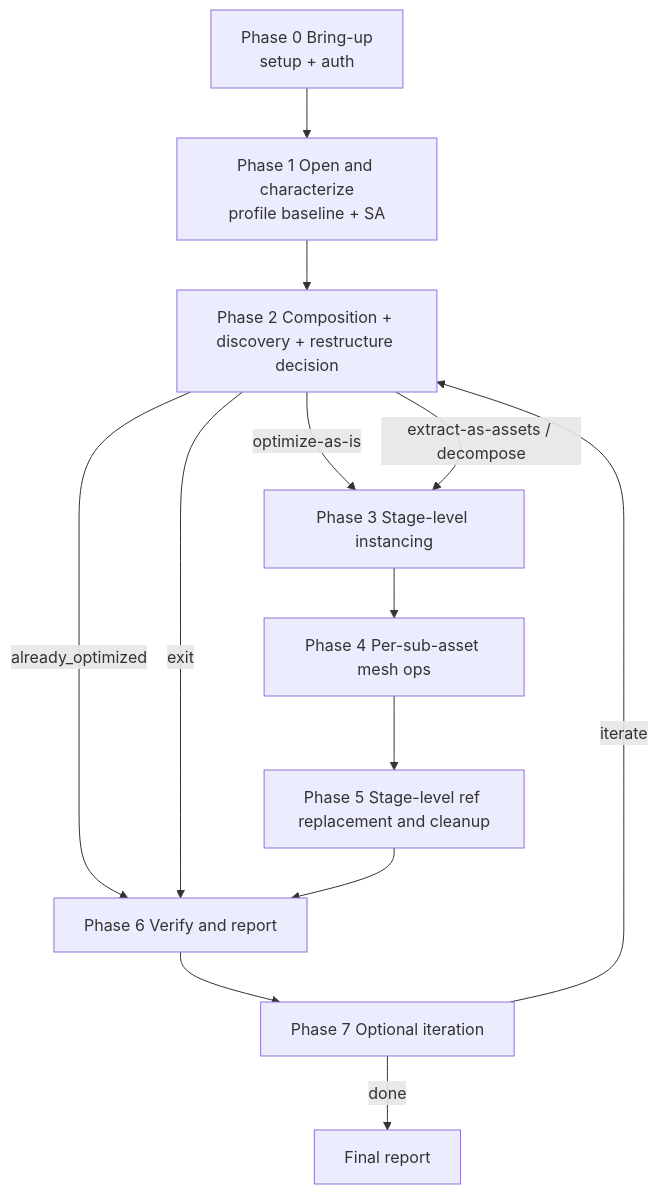
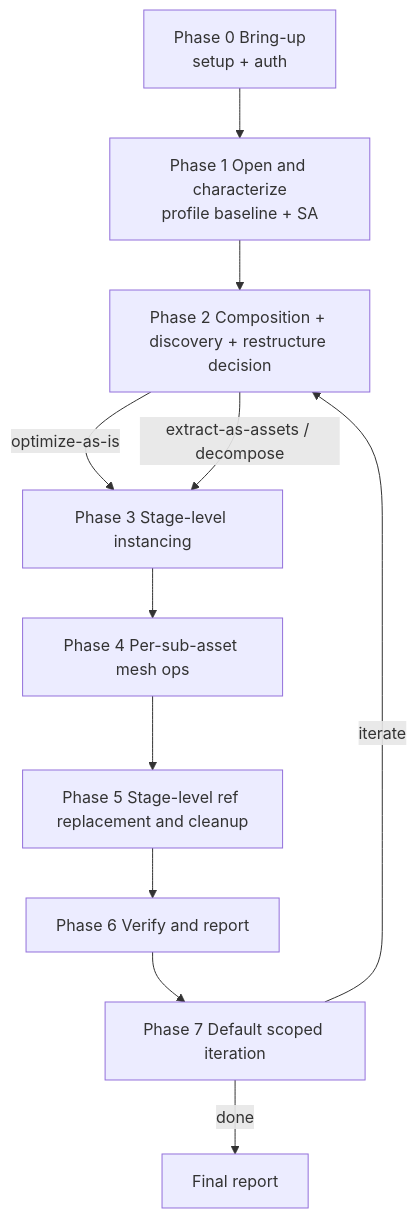
The diagram in plugins/nvidia/skills/omniverse-usd-performance-tuning/references/workflow.md (Trapezohe/ghast-plugins), drawn with Mermaid before and after one commit. The commit also changed other lines of this file and 5513 other files, not shown here.

````diff
--- a/plugins/nvidia/skills/omniverse-usd-performance-tuning/references/workflow.md
+++ b/plugins/nvidia/skills/omniverse-usd-performance-tuning/references/workflow.md
@@ -42,20 +43,18 @@
 ```mermaid
 flowchart TD
   P0["Phase 0 Bring-up<br/>setup + auth"]
   P1["Phase 1 Open and characterize<br/>profile baseline + SA"]
   P2["Phase 2 Composition + discovery + restructure decision"]
   P3["Phase 3 Stage-level instancing"]
   P4["Phase 4 Per-sub-asset mesh ops"]
   P5["Phase 5 Stage-level ref replacement and cleanup"]
   P6["Phase 6 Verify and report"]
-  P7["Phase 7 Optional iteration"]
+  P7["Phase 7 Default scoped iteration"]
   P0 --> P1 --> P2
-  P2 -->|"already_optimized"| P6
-  P2 -->|"exit"| P6
   P2 -->|"optimize-as-is"| P3
   P2 -->|"extract-as-assets / decompose"| P3
   P3 --> P4 --> P5 --> P6
   P6 --> P7
   P7 -->|"iterate"| P2
   P7 -->|"done"| End["Final report"]
 ```
````
